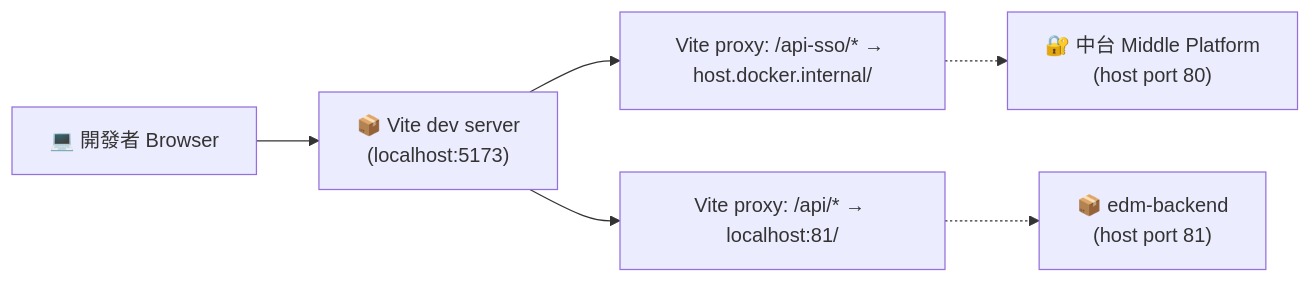
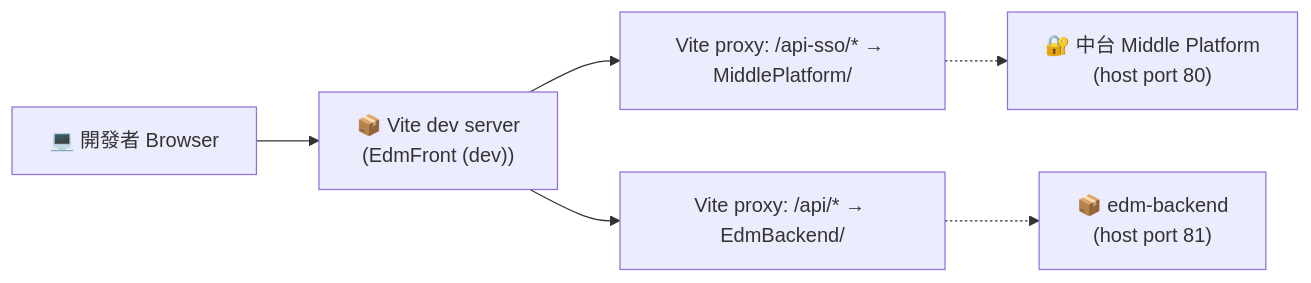
Before and after one commit to jacky0996/EDM: the first of 3 diagrams in sa-docs/deployment.md, drawn with Mermaid. The commit also changed other lines of this file and 13 other files, not shown here.

````diff
--- a/sa-docs/deployment.md
+++ b/sa-docs/deployment.md
@@ -15,14 +15,14 @@
 ```mermaid
 flowchart LR
     dev["💻 開發者 Browser"]
-    vite["📦 Vite dev server<br/>(localhost:5173)"]
-    proxy_sso["Vite proxy: /api-sso/* → host.docker.internal/"]
-    proxy_api["Vite proxy: /api/* → localhost:81/"]
+    vite["📦 Vite dev server<br/>(EdmFront (dev))"]
+    proxy_sso["Vite proxy: /api-sso/* → MiddlePlatform/"]
+    proxy_api["Vite proxy: /api/* → EdmBackend/"]
 
     dev --> vite
     vite --> proxy_sso
     vite --> proxy_api
 
     proxy_sso -.-> mp["🔐 中台 Middle Platform<br/>(host port 80)"]
     proxy_api -.-> be["📦 edm-backend<br/>(host port 81)"]
 ```
````
